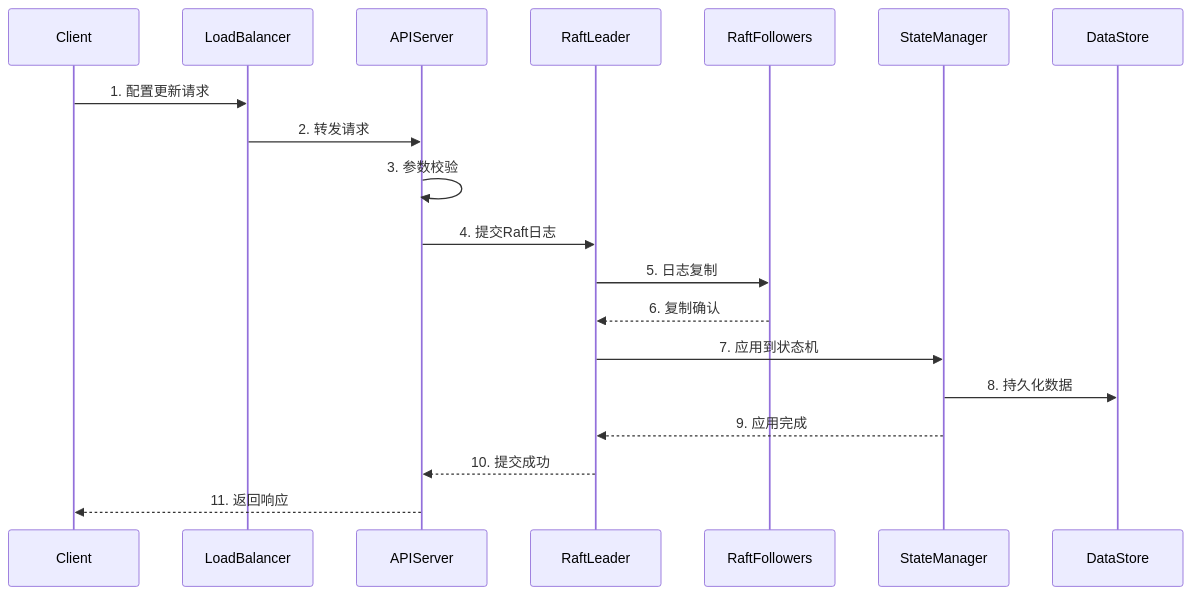
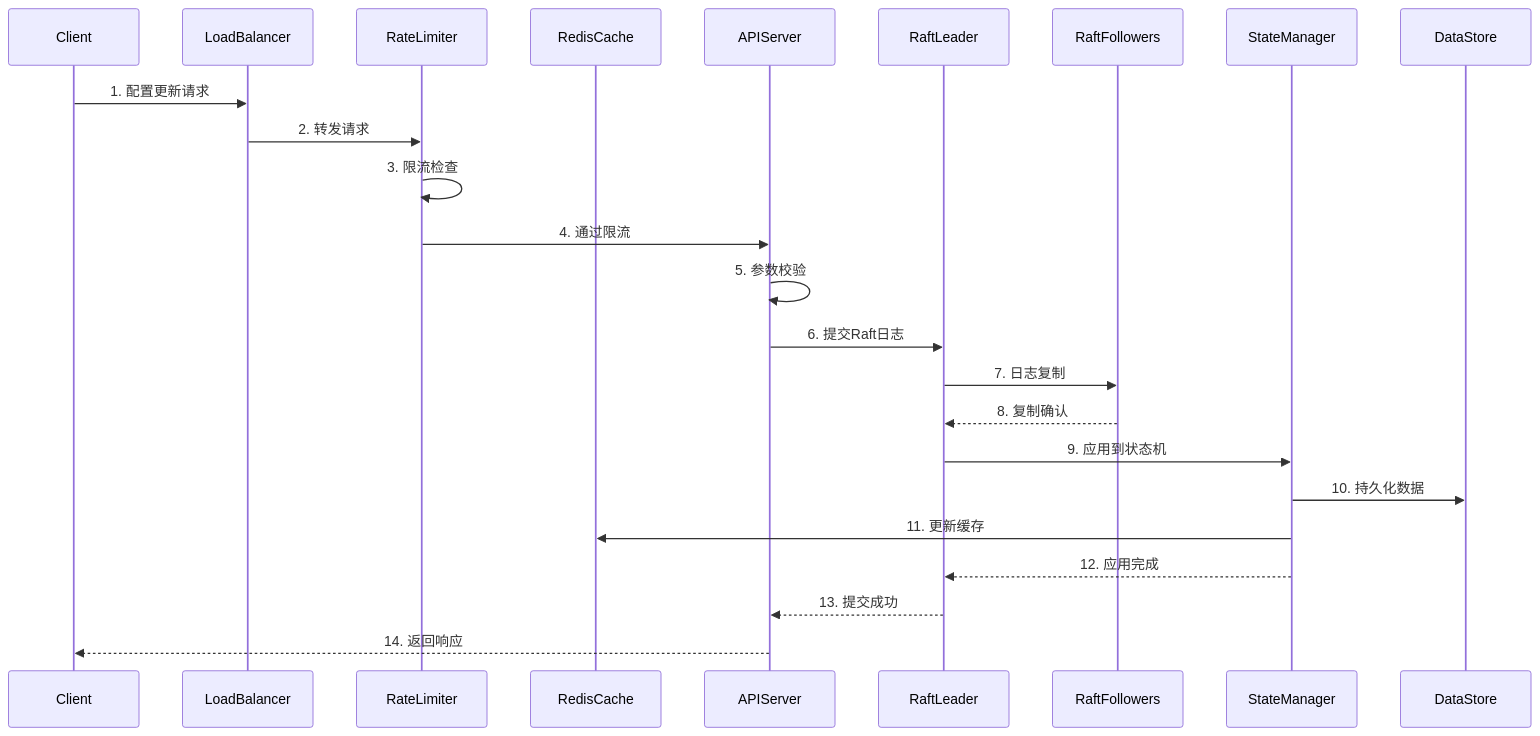
One commit to cmk2003/cursor-work changed the third of 11 diagrams in config-center/docs/design.md. Above: the diagram before and after it, drawn with Mermaid. The commit also changed other lines of this file, not shown here.

Commit message:
Add performance optimizations: Redis cache, rate limiting, multi-version configs

````diff
--- a/config-center/docs/design.md
+++ b/config-center/docs/design.md
@@ -136,22 +146,27 @@
 ```mermaid
 sequenceDiagram
     participant Client
     participant LoadBalancer
+    participant RateLimiter
+    participant RedisCache
     participant APIServer
     participant RaftLeader
     participant RaftFollowers
     participant StateManager
     participant DataStore
     
     Client->>LoadBalancer: 1. 配置更新请求
-    LoadBalancer->>APIServer: 2. 转发请求
-    APIServer->>APIServer: 3. 参数校验
-    APIServer->>RaftLeader: 4. 提交Raft日志
-    RaftLeader->>RaftFollowers: 5. 日志复制
-    RaftFollowers-->>RaftLeader: 6. 复制确认
-    RaftLeader->>StateManager: 7. 应用到状态机
-    StateManager->>DataStore: 8. 持久化数据
-    StateManager-->>RaftLeader: 9. 应用完成
-    RaftLeader-->>APIServer: 10. 提交成功
-    APIServer-->>Client: 11. 返回响应
+    LoadBalancer->>RateLimiter: 2. 转发请求
+    RateLimiter->>RateLimiter: 3. 限流检查
+    RateLimiter->>APIServer: 4. 通过限流
+    APIServer->>APIServer: 5. 参数校验
+    APIServer->>RaftLeader: 6. 提交Raft日志
+    RaftLeader->>RaftFollowers: 7. 日志复制
+    RaftFollowers-->>RaftLeader: 8. 复制确认
+    RaftLeader->>StateManager: 9. 应用到状态机
+    StateManager->>DataStore: 10. 持久化数据
+    StateManager->>RedisCache: 11. 更新缓存
+    StateManager-->>RaftLeader: 12. 应用完成
+    RaftLeader-->>APIServer: 13. 提交成功
+    APIServer-->>Client: 14. 返回响应
 ```
````
